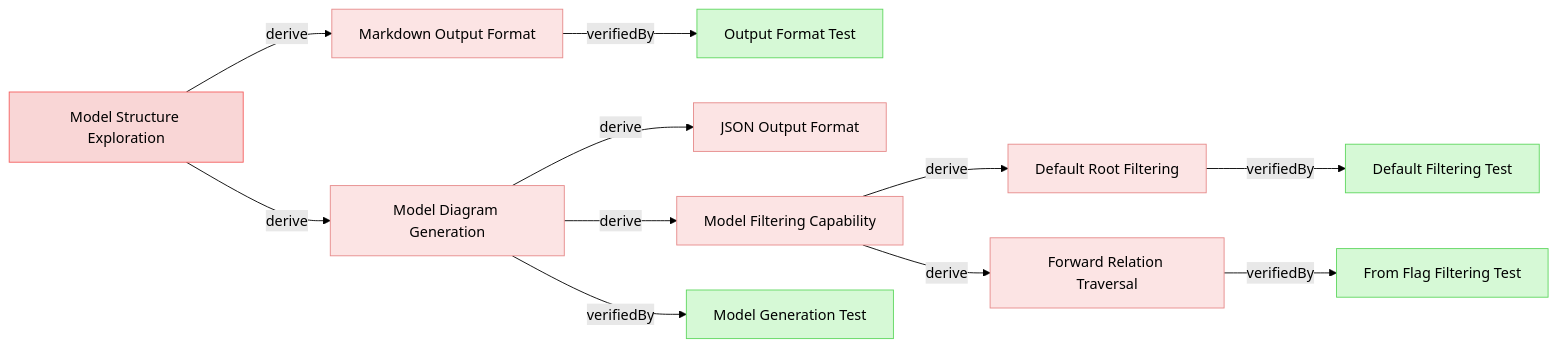
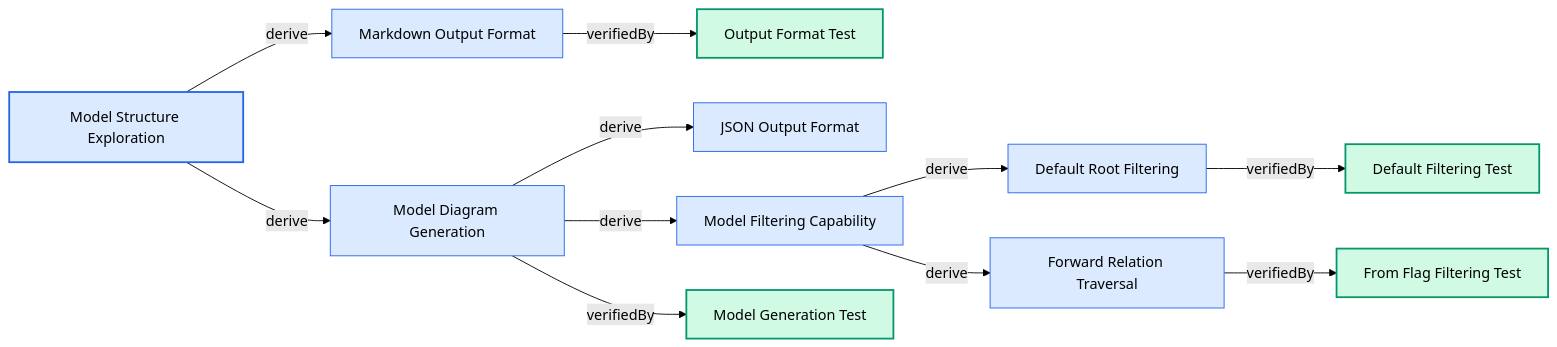
One commit to reqvire-org/reqvire changed the diagram in tests/test-model-command/expected_output.md. Above: the diagram before and after it, drawn with Mermaid (forest theme). The commit also changed 53 other files, not shown here.

Commit message:
Change whole model diagram to top-down layout and rename Home to Index

````diff
--- a/tests/test-model-command/expected_output.md
+++ b/tests/test-model-command/expected_output.md
@@ -11,81 +11,81 @@
 ```mermaid
 graph LR
-  classDef userRequirement fill:#f9d6d6,stroke:#f55f5f,stroke-width:1px;
-  classDef systemRequirement fill:#fce4e4,stroke:#e68a8a,stroke-width:1px;
-  classDef verification fill:#d6f9d6,stroke:#5fd75f,stroke-width:1px;
+  classDef userRequirement fill:#dbeafe,stroke:#2563EB,stroke-width:2px;
+  classDef systemRequirement fill:#dbeafe,stroke:#2563EB,stroke-width:1px;
+  classDef verification fill:#d1fae5,stroke:#059669,stroke-width:2px;
   classDef default fill:#f5f5f5,stroke:#333333,stroke-width:1px;
 
   32fb52886d6166a1["Model Structure Exploration"];
   class 32fb52886d6166a1 userRequirement;
   click 32fb52886d6166a1 "specifications/UserRequirements.md#model-structure-exploration";
   8accb4e2c9363546["Markdown Output Format"];
   class 8accb4e2c9363546 systemRequirement;
   click 8accb4e2c9363546 "specifications/SystemRequirements.md#markdown-output-format";
   32fb52886d6166a1 -->|derive| 8accb4e2c9363546;
   8accb4e2c9363546["Markdown Output Format"];
   class 8accb4e2c9363546 systemRequirement;
   click 8accb4e2c9363546 "specifications/SystemRequirements.md#markdown-output-format";
   8cc3b7ebaf3ea9b["Output Format Test"];
   class 8cc3b7ebaf3ea9b verification;
   click 8cc3b7ebaf3ea9b "specifications/Verifications/Tests.md#output-format-test";
   8accb4e2c9363546 -->|verifiedBy| 8cc3b7ebaf3ea9b;
   8cc3b7ebaf3ea9b["Output Format Test"];
   class 8cc3b7ebaf3ea9b verification;
   click 8cc3b7ebaf3ea9b "specifications/Verifications/Tests.md#output-format-test";
   4f998d84bbf8f547["Model Diagram Generation"];
   class 4f998d84bbf8f547 systemRequirement;
   click 4f998d84bbf8f547 "specifications/SystemRequirements.md#model-diagram-generation";
   32fb52886d6166a1 -->|derive| 4f998d84bbf8f547;
   4f998d84bbf8f547["Model Diagram Generation"];
   class 4f998d84bbf8f547 systemRequirement;
   click 4f998d84bbf8f547 "specifications/SystemRequirements.md#model-diagram-generation";
   f27d93928246808["JSON Output Format"];
   class f27d93928246808 systemRequirement;
   click f27d93928246808 "specifications/SystemRequirements.md#json-output-format";
   4f998d84bbf8f547 -->|derive| f27d93928246808;
   f27d93928246808["JSON Output Format"];
   class f27d93928246808 systemRequirement;
   click f27d93928246808 "specifications/SystemRequirements.md#json-output-format";
   1ca5a7c02ab1c5f4["Model Filtering Capability"];
   class 1ca5a7c02ab1c5f4 systemRequirement;
   click 1ca5a7c02ab1c5f4 "specifications/SystemRequirements.md#model-filtering-capability";
   4f998d84bbf8f547 -->|derive| 1ca5a7c02ab1c5f4;
   1ca5a7c02ab1c5f4["Model Filtering Capability"];
   class 1ca5a7c02ab1c5f4 systemRequirement;
   click 1ca5a7c02ab1c5f4 "specifications/SystemRequirements.md#model-filtering-capability";
   5b114dac21ad2026["Default Root Filtering"];
   class 5b114dac21ad2026 systemRequirement;
   click 5b114dac21ad2026 "specifications/SystemRequirements.md#default-root-filtering";
   1ca5a7c02ab1c5f4 -->|derive| 5b114dac21ad2026;
   5b114dac21ad2026["Default Root Filtering"];
   class 5b114dac21ad2026 systemRequirement;
   click 5b114dac21ad2026 "specifications/SystemRequirements.md#default-root-filtering";
   c28803f3ded267fb["Default Filtering Test"];
   class c28803f3ded267fb verification;
   click c28803f3ded267fb "specifications/Verifications/Tests.md#default-filtering-test";
   5b114dac21ad2026 -->|verifiedBy| c28803f3ded267fb;
   c28803f3ded267fb["Default Filtering Test"];
   class c28803f3ded267fb verification;
   click c28803f3ded267fb "specifications/Verifications/Tests.md#default-filtering-test";
   46fbef5d552a5c01["Forward Relation Traversal"];
   class 46fbef5d552a5c01 systemRequirement;
   click 46fbef5d552a5c01 "specifications/SystemRequirements.md#forward-relation-traversal";
   1ca5a7c02ab1c5f4 -->|derive| 46fbef5d552a5c01;
   46fbef5d552a5c01["Forward Relation Traversal"];
   class 46fbef5d552a5c01 systemRequirement;
   click 46fbef5d552a5c01 "specifications/SystemRequirements.md#forward-relation-traversal";
   15d847f8ebf34901["From Flag Filtering Test"];
   class 15d847f8ebf34901 verification;
   click 15d847f8ebf34901 "specifications/Verifications/Tests.md#from-flag-filtering-test";
   46fbef5d552a5c01 -->|verifiedBy| 15d847f8ebf34901;
   15d847f8ebf34901["From Flag Filtering Test"];
   class 15d847f8ebf34901 verification;
   click 15d847f8ebf34901 "specifications/Verifications/Tests.md#from-flag-filtering-test";
   e80d22d575e02537["Model Generation Test"];
   class e80d22d575e02537 verification;
   click e80d22d575e02537 "specifications/Verifications/Tests.md#model-generation-test";
   4f998d84bbf8f547 -->|verifiedBy| e80d22d575e02537;
   e80d22d575e02537["Model Generation Test"];
   class e80d22d575e02537 verification;
   click e80d22d575e02537 "specifications/Verifications/Tests.md#model-generation-test";
 ```
````
